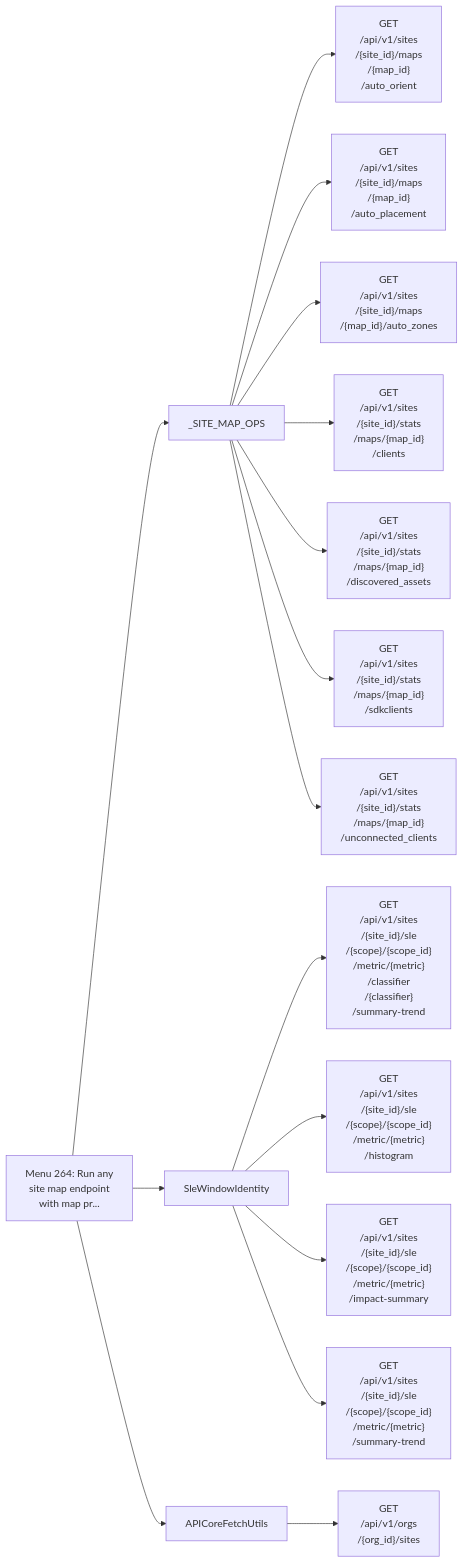
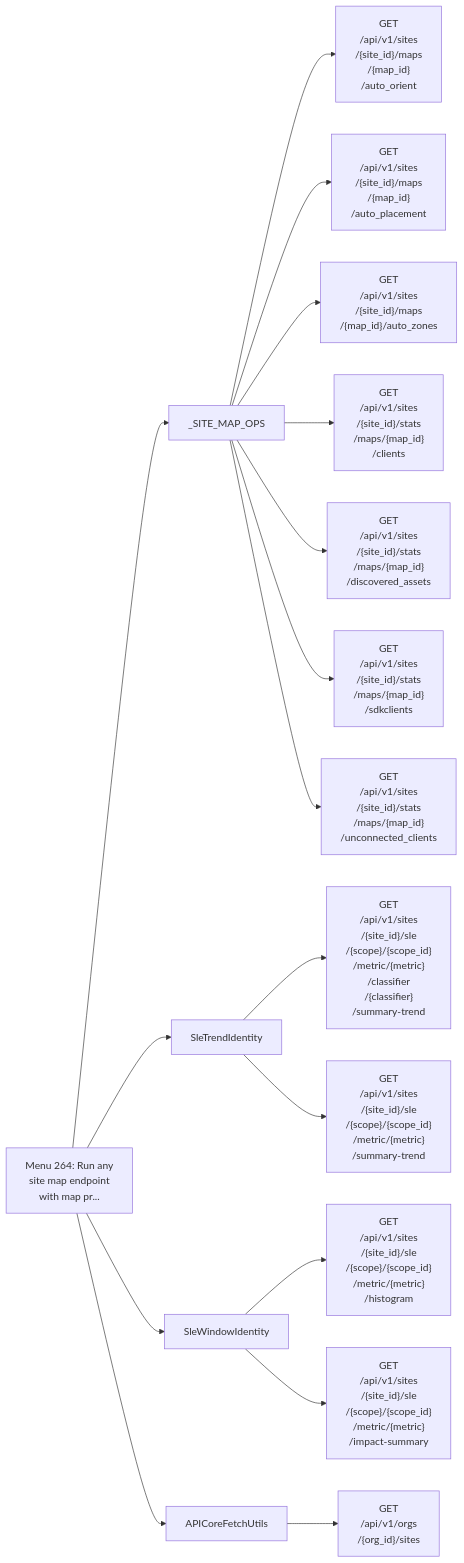
One commit to jmorrison-juniper/MistHelper changed diagram 21 of 26 in documentation/menu-api/interactive-safe.md. Above: the diagram before and after it, drawn with Mermaid. The commit also changed other lines of this file and 10 other files, not shown here.

First line of the commit message:
fix(sle): preserve trend identity contract

````diff
--- a/documentation/menu-api/interactive-safe.md
+++ b/documentation/menu-api/interactive-safe.md
@@ -1575,19 +1575,20 @@
 ```mermaid
 flowchart LR
     menu["Menu 264: Run any<br/>site map endpoint<br/>with map pr..."]
     menu --> c1["_SITE_MAP_OPS"]
     c1 --> e1["GET<br/>/api/v1/sites<br/>/{site_id}/maps<br/>/{map_id}<br/>/auto_orient"]
     c1 --> e2["GET<br/>/api/v1/sites<br/>/{site_id}/maps<br/>/{map_id}<br/>/auto_placement"]
     c1 --> e3["GET<br/>/api/v1/sites<br/>/{site_id}/maps<br/>/{map_id}/auto_zones"]
     c1 --> e4["GET<br/>/api/v1/sites<br/>/{site_id}/stats<br/>/maps/{map_id}<br/>/clients"]
     c1 --> e5["GET<br/>/api/v1/sites<br/>/{site_id}/stats<br/>/maps/{map_id}<br/>/discovered_assets"]
     c1 --> e6["GET<br/>/api/v1/sites<br/>/{site_id}/stats<br/>/maps/{map_id}<br/>/sdkclients"]
     c1 --> e7["GET<br/>/api/v1/sites<br/>/{site_id}/stats<br/>/maps/{map_id}<br/>/unconnected_clients"]
-    menu --> c2["SleWindowIdentity"]
+    menu --> c2["SleTrendIdentity"]
     c2 --> e8["GET<br/>/api/v1/sites<br/>/{site_id}/sle<br/>/{scope}/{scope_id}<br/>/metric/{metric}<br/>/classifier<br/>/{classifier}<br/>/summary-trend"]
-    c2 --> e9["GET<br/>/api/v1/sites<br/>/{site_id}/sle<br/>/{scope}/{scope_id}<br/>/metric/{metric}<br/>/histogram"]
-    c2 --> e10["GET<br/>/api/v1/sites<br/>/{site_id}/sle<br/>/{scope}/{scope_id}<br/>/metric/{metric}<br/>/impact-summary"]
-    c2 --> e11["GET<br/>/api/v1/sites<br/>/{site_id}/sle<br/>/{scope}/{scope_id}<br/>/metric/{metric}<br/>/summary-trend"]
-    menu --> c3["APICoreFetchUtils"]
-    c3 --> e12["GET<br/>/api/v1/orgs<br/>/{org_id}/sites"]
+    c2 --> e9["GET<br/>/api/v1/sites<br/>/{site_id}/sle<br/>/{scope}/{scope_id}<br/>/metric/{metric}<br/>/summary-trend"]
+    menu --> c3["SleWindowIdentity"]
+    c3 --> e10["GET<br/>/api/v1/sites<br/>/{site_id}/sle<br/>/{scope}/{scope_id}<br/>/metric/{metric}<br/>/histogram"]
+    c3 --> e11["GET<br/>/api/v1/sites<br/>/{site_id}/sle<br/>/{scope}/{scope_id}<br/>/metric/{metric}<br/>/impact-summary"]
+    menu --> c4["APICoreFetchUtils"]
+    c4 --> e12["GET<br/>/api/v1/orgs<br/>/{org_id}/sites"]
 ```
````
